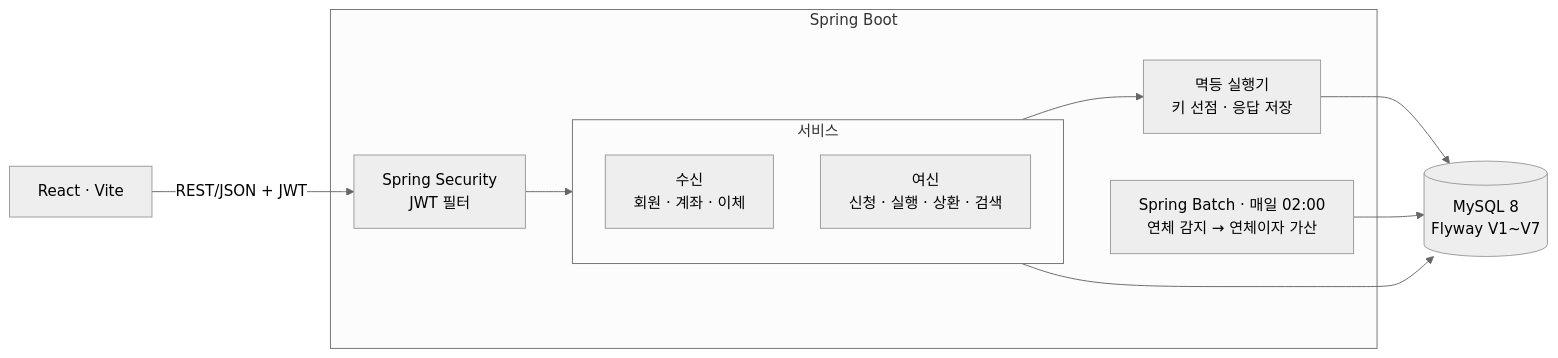
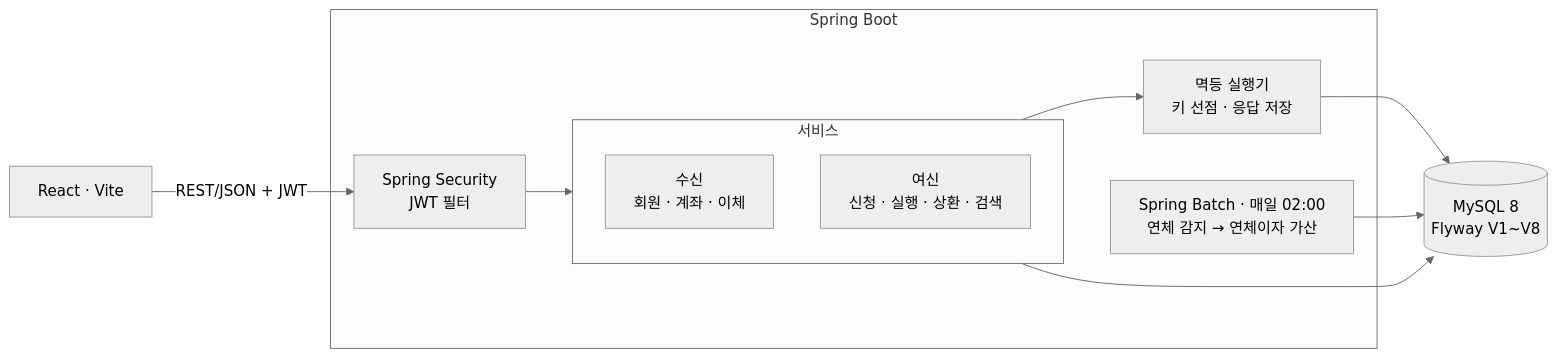
Before and after one commit to zerobak13/FinBank: the diagram in README.md, drawn with Mermaid (neutral theme). The commit also changed other lines of this file and 2 other files, not shown here.

````diff
--- a/README.md
+++ b/README.md
@@ -76,17 +76,17 @@
 ```mermaid
 flowchart LR
     FE["React · Vite"] -- "REST/JSON + JWT" --> SEC
     subgraph APP["Spring Boot"]
         SEC["Spring Security<br/>JWT 필터"] --> SVC
         subgraph SVC["서비스"]
             DEP["수신<br/>회원 · 계좌 · 이체"]
             LOAN["여신<br/>신청 · 실행 · 상환 · 검색"]
         end
         IDEM["멱등 실행기<br/>키 선점 · 응답 저장"]
         BATCH["Spring Batch · 매일 02:00<br/>연체 감지 → 연체이자 가산"]
         SVC --> IDEM
     end
-    SVC --> DB[("MySQL 8<br/>Flyway V1~V7")]
+    SVC --> DB[("MySQL 8<br/>Flyway V1~V8")]
     IDEM --> DB
     BATCH --> DB
 ```
````
